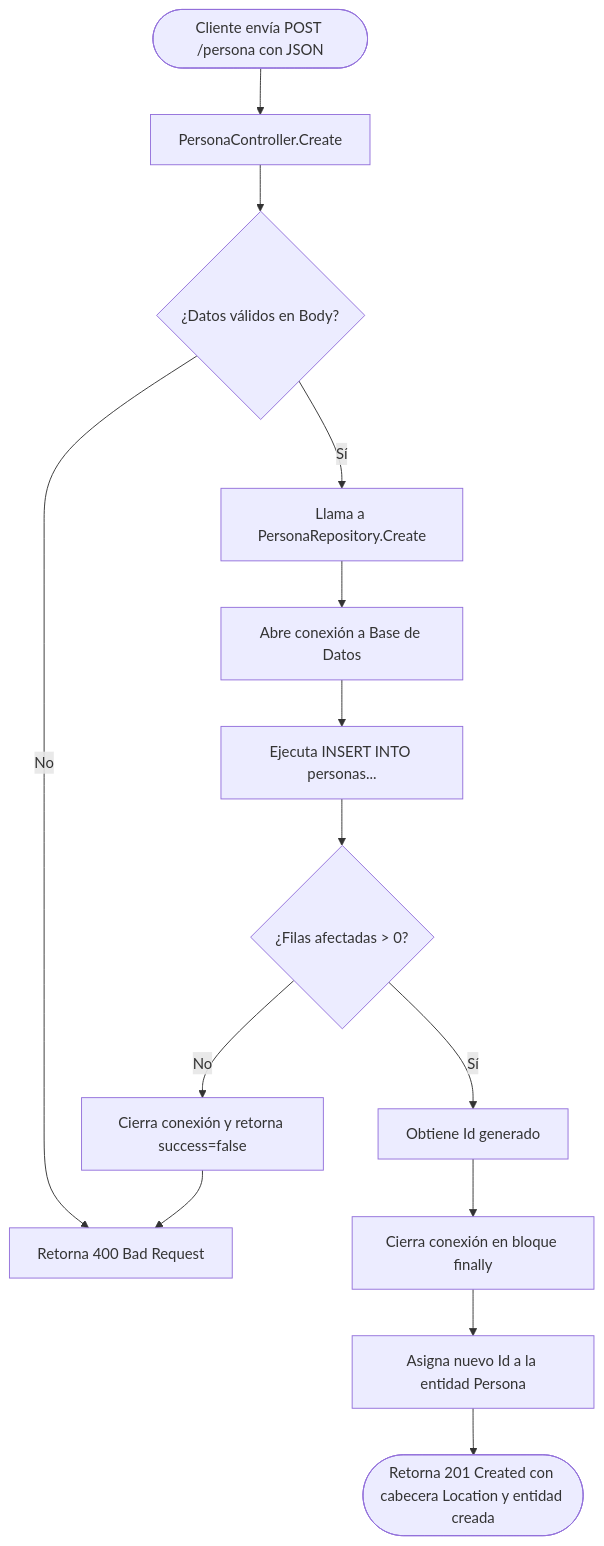
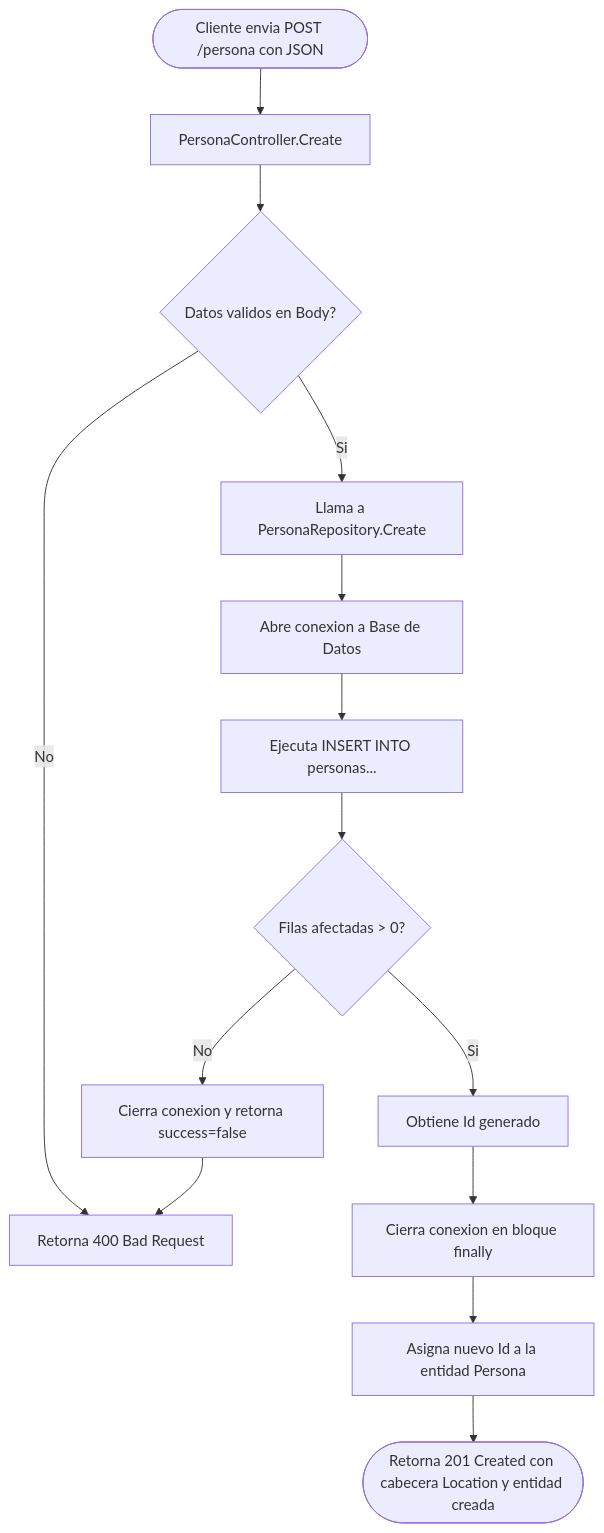
Before and after one commit to Bhusvnash/ApiPersona: the second of 3 diagrams in README.MD, drawn with Mermaid. The commit also changed other lines of this file and 4 other files, not shown here.

````diff
--- a/README.MD
+++ b/README.MD
@@ -163,16 +219,16 @@
 ```mermaid
 flowchart TD
-    A([Cliente envía POST /persona con JSON]) --> B[PersonaController.Create]
-    B --> C{¿Datos válidos en Body?}
-    C -- No --> D[Retorna 400 Bad Request]
-    C -- Sí --> E[Llama a PersonaRepository.Create]
-    E --> F[Abre conexión a Base de Datos]
-    F --> G[Ejecuta INSERT INTO personas...]
-    G --> H{¿Filas afectadas > 0?}
-    H -- No --> I[Cierra conexión y retorna success=false]
+    A(["Cliente envia POST /persona con JSON"]) --> B["PersonaController.Create"]
+    B --> C{"Datos validos en Body?"}
+    C -- No --> D["Retorna 400 Bad Request"]
+    C -- Si --> E["Llama a PersonaRepository.Create"]
+    E --> F["Abre conexion a Base de Datos"]
+    F --> G["Ejecuta INSERT INTO personas..."]
+    G --> H{"Filas afectadas > 0?"}
+    H -- No --> I["Cierra conexion y retorna success=false"]
     I --> D
-    H -- Sí --> J[Obtiene Id generado]
-    J --> K[Cierra conexión en bloque finally]
-    K --> L[Asigna nuevo Id a la entidad Persona]
-    L --> M([Retorna 201 Created con cabecera Location y entidad creada])
+    H -- Si --> J["Obtiene Id generado"]
+    J --> K["Cierra conexion en bloque finally"]
+    K --> L["Asigna nuevo Id a la entidad Persona"]
+    L --> M(["Retorna 201 Created con cabecera Location y entidad creada"])
 ```
````
